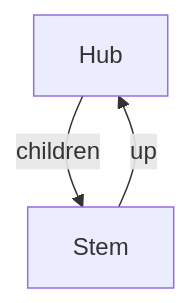
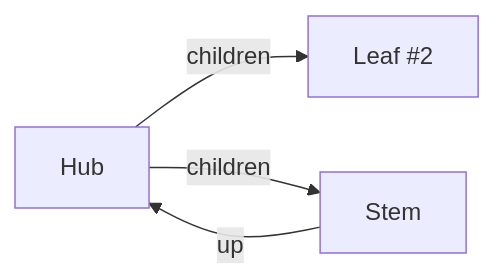
One commit to davidlee/smut changed the diagram in README.md. Above: the diagram before and after it, drawn with Mermaid. The commit also changed other lines of this file and 2 other files, not shown here.

````diff
--- a/README.md
+++ b/README.md
@@ -303,5 +319,9 @@
 ```mermaid
-graph TD
-  n0["Hub"] -->|children| n1["Stem"]
-  n1 -->|up| n0
+flowchart LR
+  n0["Hub"]
+  n1["Leaf #35;2"]
+  n2["Stem"]
+  n0 -->|children| n1
+  n0 -->|children| n2
+  n2 -->|up| n0
 ```
````
